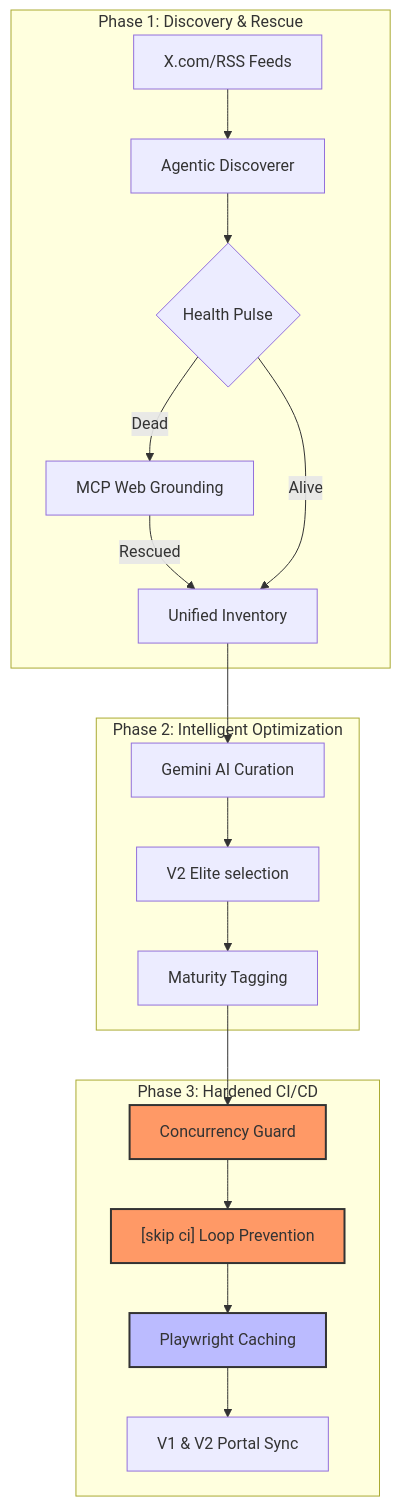
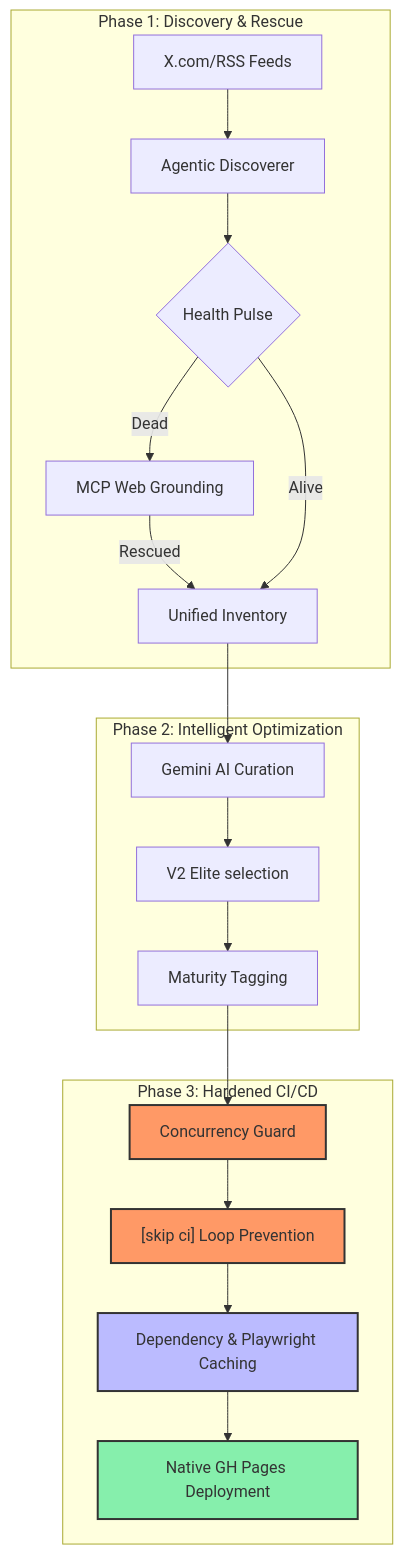
Before and after one commit to sec-js/awesome-kubernetes: the fourth of 10 diagrams in README.md, drawn with Mermaid. The commit also changed other lines of this file and 25 other files, not shown here.

````diff
--- a/README.md
+++ b/README.md
@@ -274,27 +288,28 @@
 ```mermaid
 graph TD
     subgraph "Phase 1: Discovery & Rescue"
         A["X.com/RSS Feeds"] --> B["Agentic Discoverer"]
         B --> C{"Health Pulse"}
         C -- "Dead" --> D["MCP Web Grounding"]
         D -- "Rescued" --> E["Unified Inventory"]
         C -- "Alive" --> E
     end
 
     subgraph "Phase 2: Intelligent Optimization"
         E --> F["Gemini AI Curation"]
         F --> G["V2 Elite selection"]
         G --> H["Maturity Tagging"]
     end
 
     subgraph "Phase 3: Hardened CI/CD"
         H --> I["Concurrency Guard"]
         I --> J["[skip ci] Loop Prevention"]
-        J --> K["Playwright Caching"]
-        K --> L["V1 & V2 Portal Sync"]
+        J --> K["Dependency & Playwright Caching"]
+        K --> L["Native GH Pages Deployment"]
     end
 
     style I fill:#f96,stroke:#333,stroke-width:2px
     style J fill:#f96,stroke:#333,stroke-width:2px
     style K fill:#bbf,stroke:#333,stroke-width:2px
+    style L fill:#86efac,stroke:#333,stroke-width:2px
 ```
````
